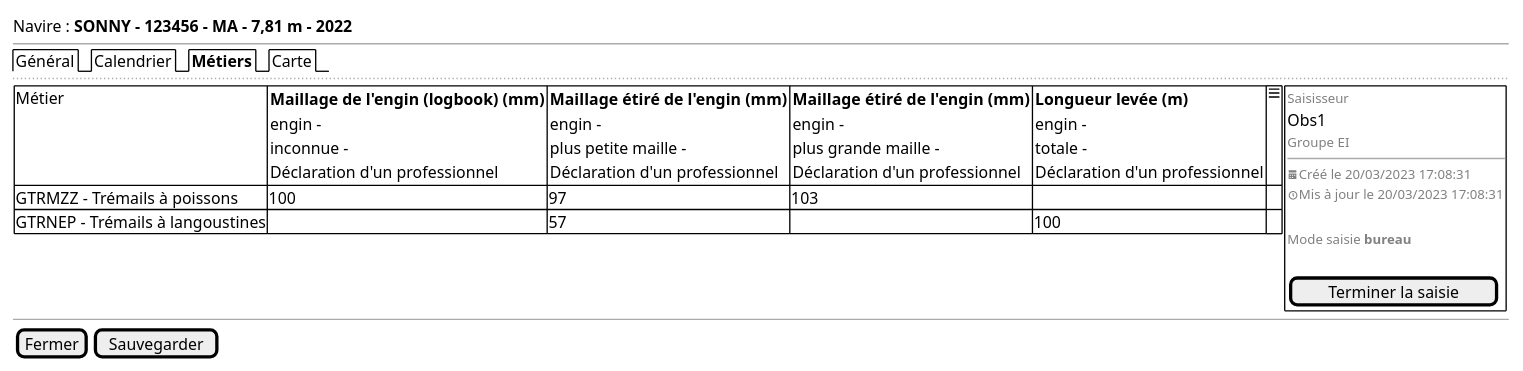
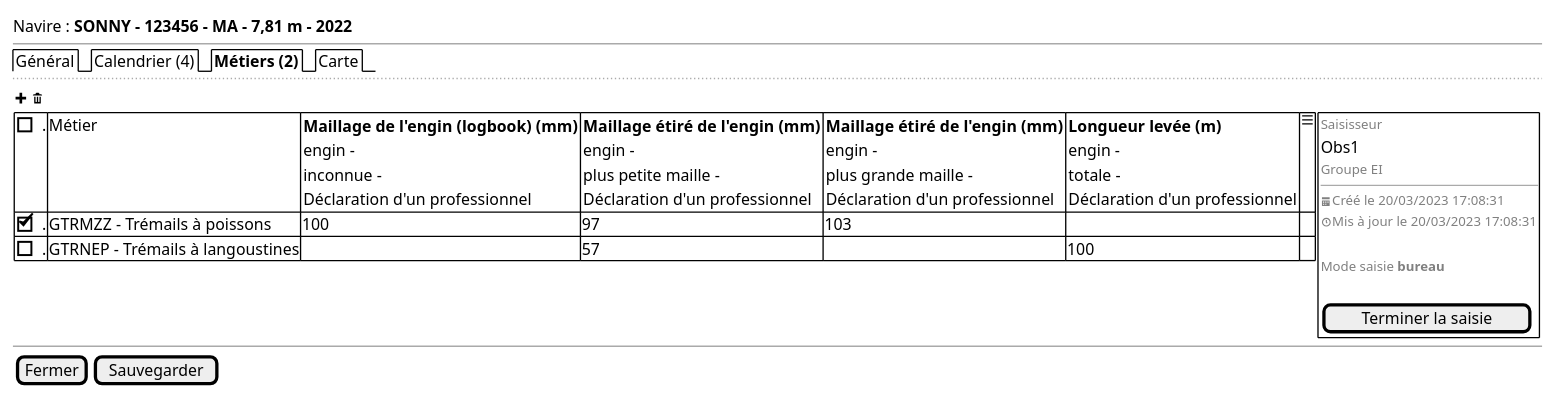
One commit to sumaris-net/sumaris-doc changed the diagram in projects/activity-calendar/spe/images/activity-calendar-metiers.puml. Above: the diagram before and after it, drawn with PlantUML. The commit also changed 17 other files, not shown here.

```diff
--- a/projects/activity-calendar/spe/images/activity-calendar-metiers.puml
+++ b/projects/activity-calendar/spe/images/activity-calendar-metiers.puml
@@ -1,42 +1,42 @@
 @startsalt
 {
   Navire : <b>SONNY - 123456 - MA - 7,81 m - 2022
   --
-  {/ Général | Calendrier | <b>Métiers | Carte}
+  {/ Général | Calendrier (4) | <b>Métiers (2) | Carte}
   ..
-
+  { <&plus> <&trash> }
   {
-  {# Métier | {<b>Maillage de l'engin (logbook) (mm)
+  {# [ ]. |Métier | {<b>Maillage de l'engin (logbook) (mm)
                 engin -
                 inconnue -
                 Déclaration d'un professionnel} |
               {<b>Maillage étiré de l'engin (mm)
                 engin -
                 plus petite maille -
                 Déclaration d'un professionnel} |
               {<b>Maillage étiré de l'engin (mm)
                 engin -
                 plus grande maille -
                 Déclaration d'un professionnel} |
               {<b>Longueur levée (m)
                 engin -
                 totale -
                 Déclaration d'un professionnel} | <&menu>
-     GTRMZZ - Trémails à poissons | 100 | 97 | 103 | . | .
-     GTRNEP - Trémails à langoustines | . | 57 | . | 100 | .
+     [X]. | GTRMZZ - Trémails à poissons | 100 | 97 | 103 | . | .
+     [ ]. | GTRNEP - Trémails à langoustines | . | 57 | . | 100 | .
   } | {+
               { <font color=grey size=10>Saisisseur
               Obs1
               <font color=grey size=10>Groupe EI
               --
               <font color=grey size=10><&calendar>Créé le 20/03/2023 17:08:31
               <font color=grey size=10><&clock>Mis à jour le 20/03/2023 17:08:31
               .
               <font color=grey size=10>Mode saisie <b>bureau
               .
               [ Terminer la saisie]
               }}}
   --
   { [Fermer] | [Sauvegarder] }
 }
 @endsalt
```
